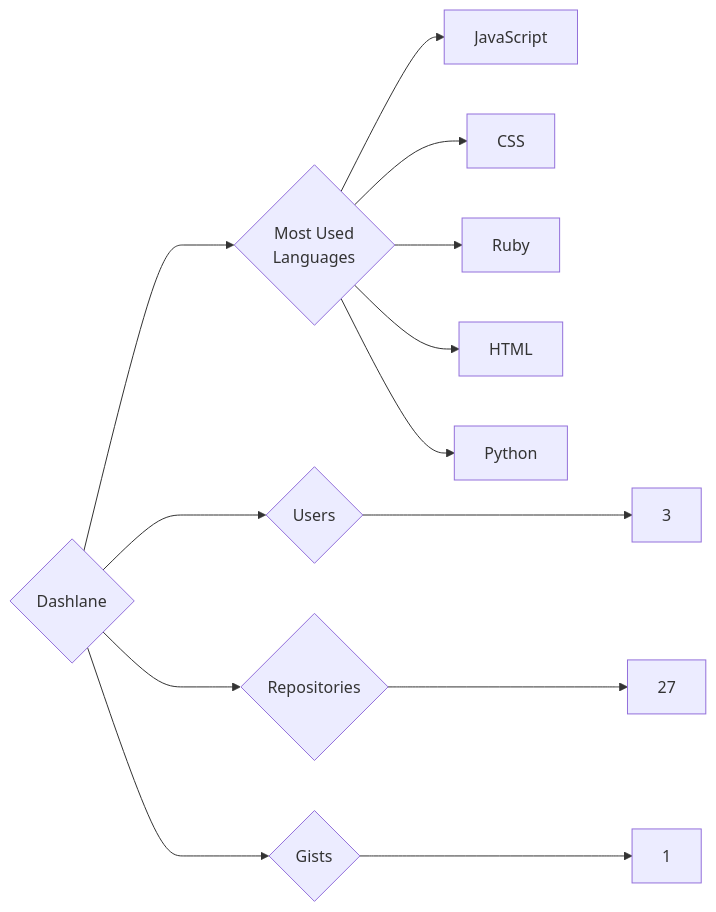
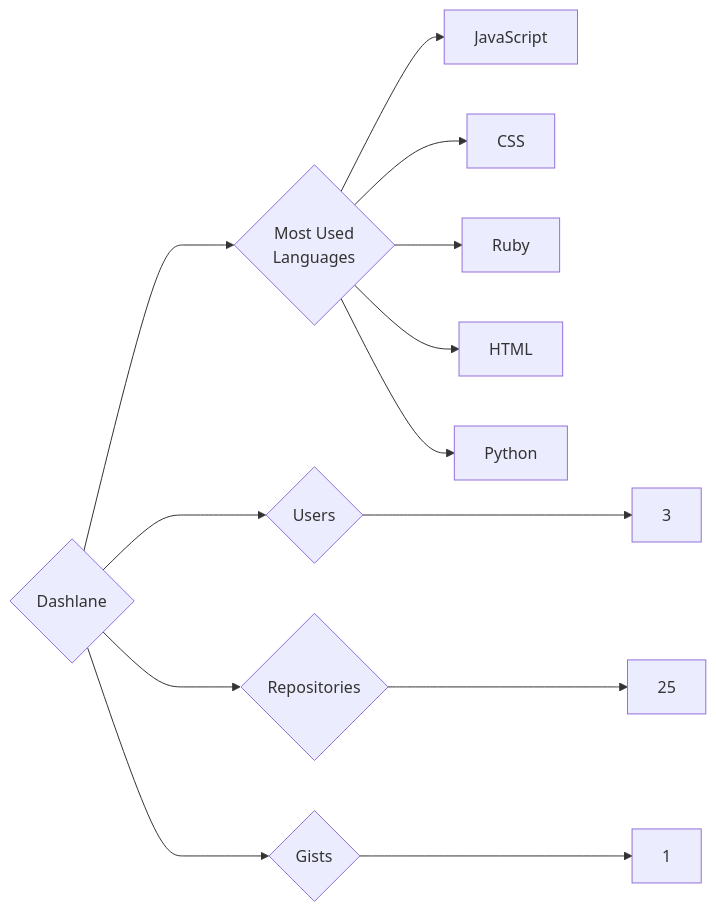
One commit to trickest/insiders changed the diagram in targets/Dashlane/README.md. Above: the diagram before and after it, drawn with Mermaid. The commit also changed 859 other files, not shown here.

````diff
--- a/targets/Dashlane/README.md
+++ b/targets/Dashlane/README.md
@@ -3,13 +3,13 @@
 ```mermaid
 graph LR
 COMPANY_NAME{Dashlane}
 COMPANY_NAME ---> U{Users} ---> UN[3]
-COMPANY_NAME ---> R{Repositories} ---> RN[27]
+COMPANY_NAME ---> R{Repositories} ---> RN[25]
 COMPANY_NAME ---> G{Gists} ---> GN[1]
 COMPANY_NAME ---> ML{Most Used<br>Languages}
 ML --> JavaScript[JavaScript]
 ML --> CSS[CSS]
 ML --> Ruby[Ruby]
 ML --> HTML[HTML]
 ML --> Python[Python]
 ```
````
